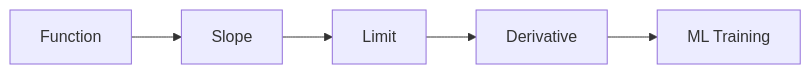
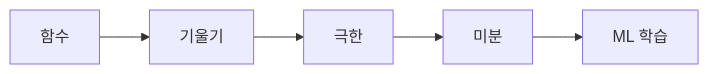
The diagram in content/calculus-for-ml-101/ko/01-what-is-derivative.md (yeongseon-books/book-content), drawn with Mermaid before and after one commit. The commit also changed other lines of this file and 6 other files, not shown here.

````diff
--- a/content/calculus-for-ml-101/ko/01-what-is-derivative.md
+++ b/content/calculus-for-ml-101/ko/01-what-is-derivative.md
@@ -33,7 +50,7 @@
 ```mermaid
 flowchart LR
-    F[Function] --> S[Slope]
-    S --> L[Limit]
-    L --> D[Derivative]
-    D --> M[ML Training]
+    F[함수] --> S[기울기]
+    S --> L[극한]
+    L --> D[미분]
+    D --> M[ML 학습]
 ```
````
